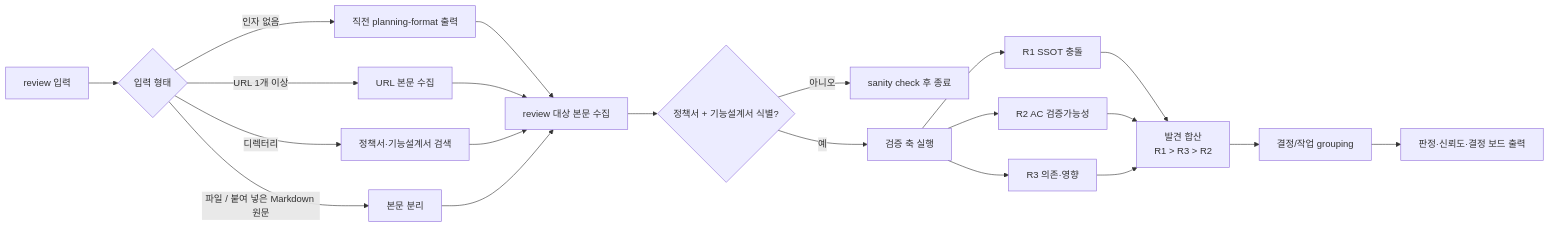
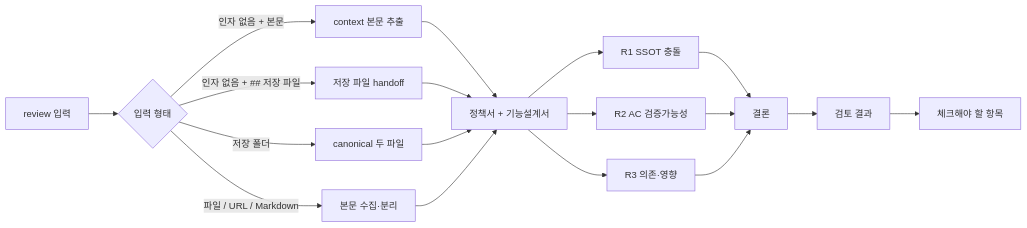
The third of 4 diagrams in planning-kit/docs/planning-kit-workflow-guide.md (inkwonjung-colosseum/plugins), drawn with Mermaid before and after one commit. The commit also changed other lines of this file and 83 other files, not shown here.

````diff
--- a/planning-kit/docs/planning-kit-workflow-guide.md
+++ b/planning-kit/docs/planning-kit-workflow-guide.md
@@ -150,27 +62,20 @@
 ```mermaid
 flowchart LR
   A["review 입력"] --> B{"입력 형태"}
-  B -->|"인자 없음"| C["직전 planning-format 출력"]
-  B -->|"URL 1개 이상"| D["URL 본문 수집"]
-  B -->|"디렉터리"| E["정책서·기능설계서 검색"]
-  B -->|"파일 / 붙여 넣은 Markdown 원문"| F["본문 분리"]
-
-  C --> G["review 대상 본문 수집"]
+  B -->|"인자 없음 + 본문"| C["context 본문 추출"]
+  B -->|"인자 없음 + ## 저장 파일"| D["저장 파일 handoff"]
+  B -->|"저장 폴더"| E["canonical 두 파일"]
+  B -->|"파일 / URL / Markdown"| F["본문 수집·분리"]
+  C --> G["정책서 + 기능설계서"]
   D --> G
   E --> G
   F --> G
-
-  G --> H{"정책서 + 기능설계서 식별?"}
-  H -->|"아니오"| X["sanity check 후 종료"]
-  H -->|"예"| I["검증 축 실행"]
-
-  I --> J["R1 SSOT 충돌"]
-  I --> K["R2 AC 검증가능성"]
-  I --> L["R3 의존·영향"]
-
-  J --> M["발견 합산<br/>R1 > R3 > R2"]
-  K --> M
-  L --> M
-  M --> N["결정/작업 grouping"]
-  N --> O["판정·신뢰도·결정 보드 출력"]
+  G --> H["R1 SSOT 충돌"]
+  G --> I["R2 AC 검증가능성"]
+  G --> J["R3 의존·영향"]
+  H --> K["결론"]
+  I --> K
+  J --> K
+  K --> L["검토 결과"]
+  L --> M["체크해야 할 항목"]
 ```
````
